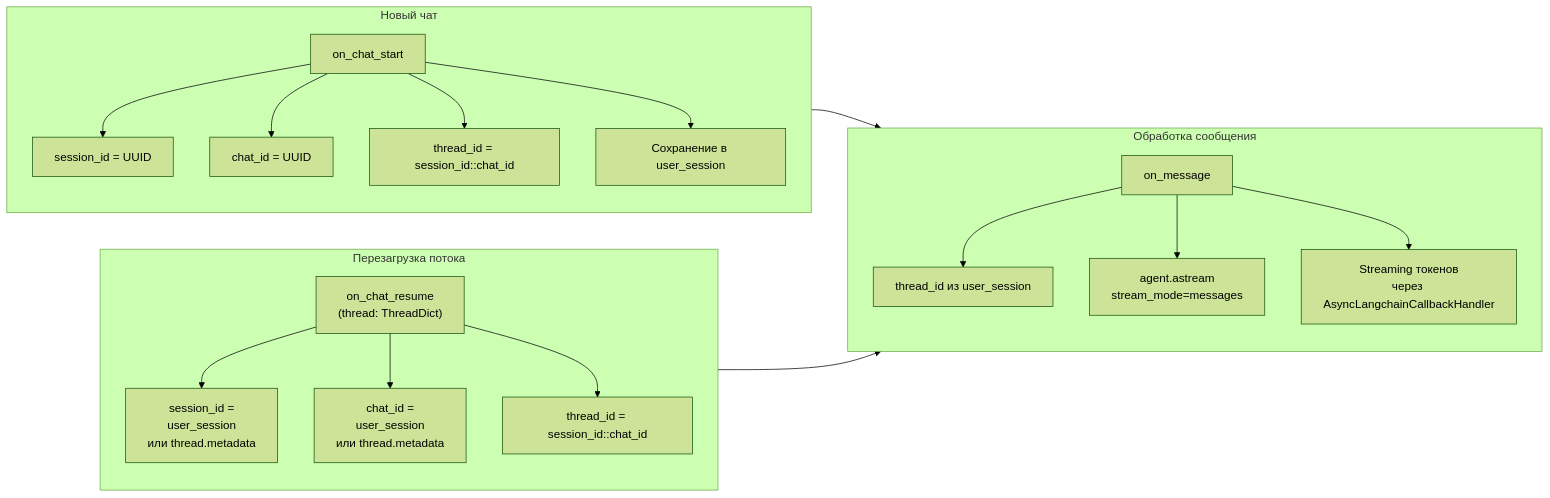
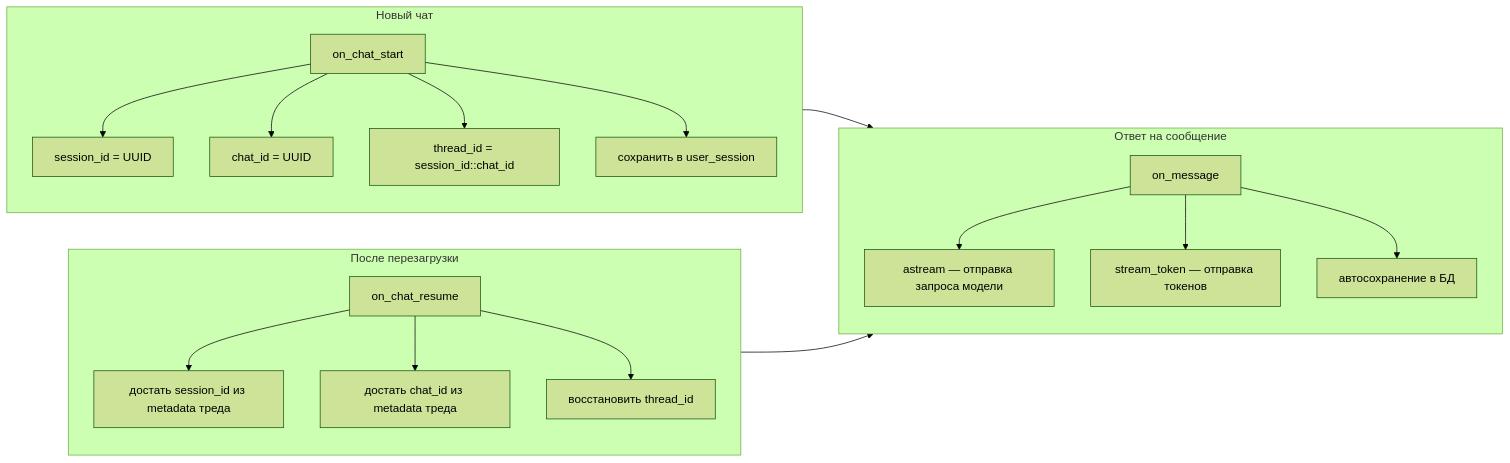
Before and after one commit to Piankov-Michail/agent: the third of 3 diagrams in README.md, drawn with Mermaid (forest theme). The commit also changed other lines of this file, not shown here.

````diff
--- a/README.md
+++ b/README.md
@@ -149,27 +135,27 @@
 ```mermaid
 flowchart LR
     subgraph Start["Новый чат"]
         CS["on_chat_start"]
         CS --> S1[session_id = UUID]
         CS --> S2[chat_id = UUID]
         CS --> S3[thread_id = session_id::chat_id]
-        CS --> S4[Сохранение в user_session]
+        CS --> S4[сохранить в user_session]
     end
 
-    subgraph Resume["Перезагрузка потока"]
-        CR["on_chat_resume<br/>(thread: ThreadDict)"]
-        CR --> R1[session_id =<br/>user_session<br/>или thread.metadata]
-        CR --> R2[chat_id =<br/>user_session<br/>или thread.metadata]
-        CR --> R3[thread_id = session_id::chat_id]
+    subgraph Resume["После перезагрузки"]
+        CR["on_chat_resume"]
+        CR --> R1[достать session_id из metadata треда]
+        CR --> R2[достать chat_id из metadata треда]
+        CR --> R3[восстановить thread_id]
     end
 
-    subgraph Message["Обработка сообщения"]
+    subgraph Message["Ответ на сообщение"]
         OM["on_message"]
-        OM --> M1[thread_id из user_session]
-        OM --> M2[agent.astream<br/>stream_mode=messages]
-        OM --> M3[Streaming токенов<br/>через AsyncLangchainCallbackHandler]
+        OM --> M1[astream — отправка запроса модели]
+        OM --> M2[stream_token — отправка токенов]
+        OM --> M3[автосохранение в БД]
     end
 
     Start --> Message
     Resume --> Message
 ```
````
